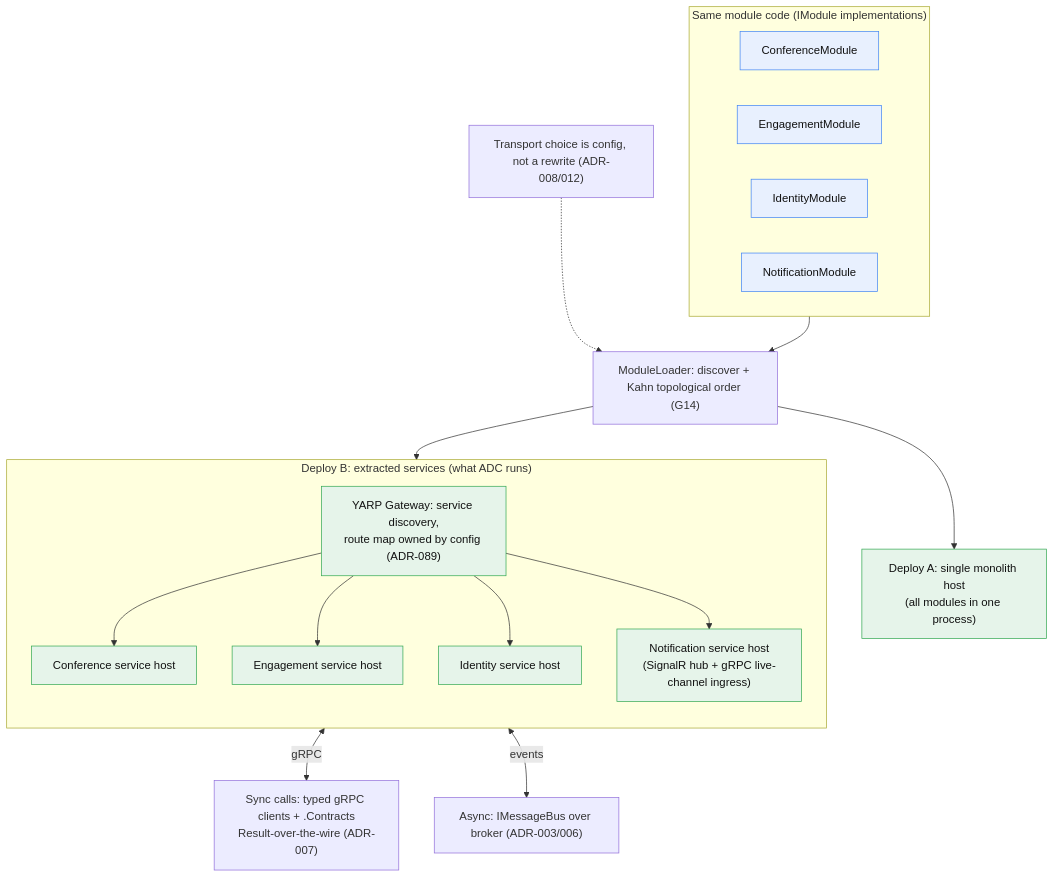
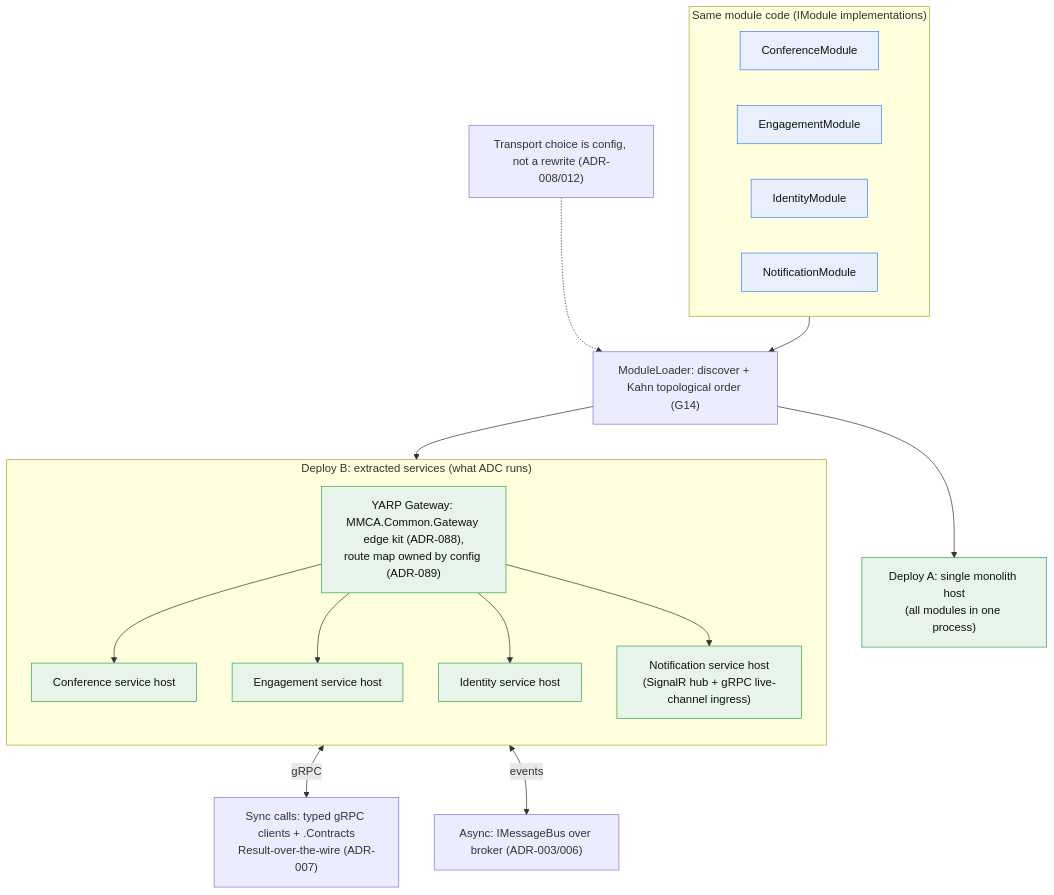
One commit to ivanball/ivanball.github.io changed the seventh of 15 diagrams in docs-src/onboarding/CONCEPT-MAPS.md. Above: the diagram before and after it, drawn with Mermaid. The commit also changed other lines of this file and 79 other files, not shown here.

````diff
--- a/docs-src/onboarding/CONCEPT-MAPS.md
+++ b/docs-src/onboarding/CONCEPT-MAPS.md
@@ -388,41 +412,41 @@
 ```mermaid
 flowchart TD
     subgraph SRC["Same module code (IModule implementations)"]
         MC["ConferenceModule"]
         ME["EngagementModule"]
         MI["IdentityModule"]
         MN["NotificationModule"]
     end
     LOADER["ModuleLoader: discover + Kahn topological order (G14)"]
 
     MONO["Deploy A: single monolith host<br/>(all modules in one process)"]
 
     subgraph SERVICES["Deploy B: extracted services (what ADC runs)"]
         direction TB
-        GW["YARP Gateway: service discovery,<br/>route map owned by config (ADR-089)"]
+        GW["YARP Gateway: MMCA.Common.Gateway edge kit (ADR-088),<br/>route map owned by config (ADR-089)"]
         SVC1["Conference service host"]
         SVC2["Engagement service host"]
         SVC3["Identity service host"]
         SVC4["Notification service host<br/>(SignalR hub + gRPC live-channel ingress)"]
         GW --> SVC1
         GW --> SVC2
         GW --> SVC3
         GW --> SVC4
     end
 
     SYNC["Sync calls: typed gRPC clients + .Contracts<br/>Result-over-the-wire (ADR-007)"]
     ASYNC["Async: IMessageBus over broker (ADR-003/006)"]
 
     SRC --> LOADER
     LOADER --> MONO
     LOADER --> SERVICES
     SVC1 <-->|"gRPC"| SYNC
     SVC1 <-->|"events"| ASYNC
     NOTE["Transport choice is config, not a rewrite (ADR-008/012)"]
     NOTE -.-> LOADER
 
     classDef mod fill:#e8f0fe,stroke:#4285f4,color:#111
     classDef dep fill:#e6f4ea,stroke:#34a853,color:#111
     class MC,ME,MI,MN mod
     class MONO,GW,SVC1,SVC2,SVC3,SVC4 dep
 ```
````
